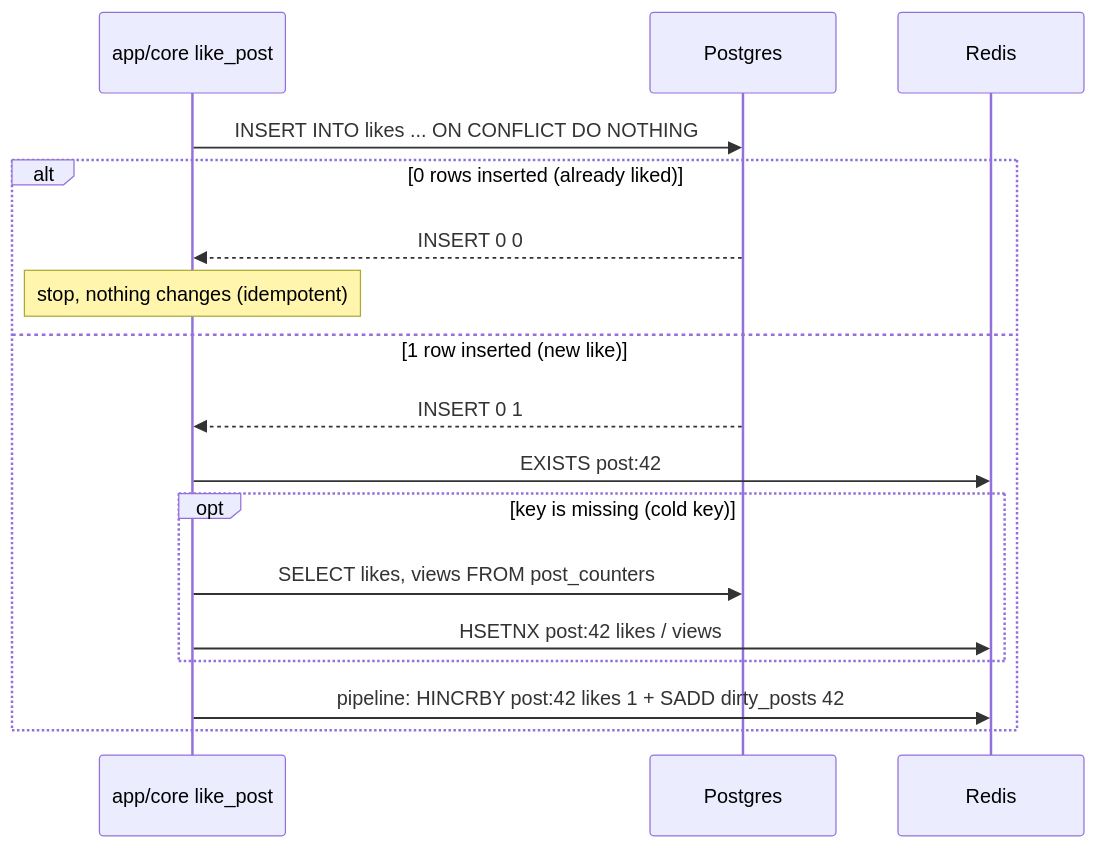
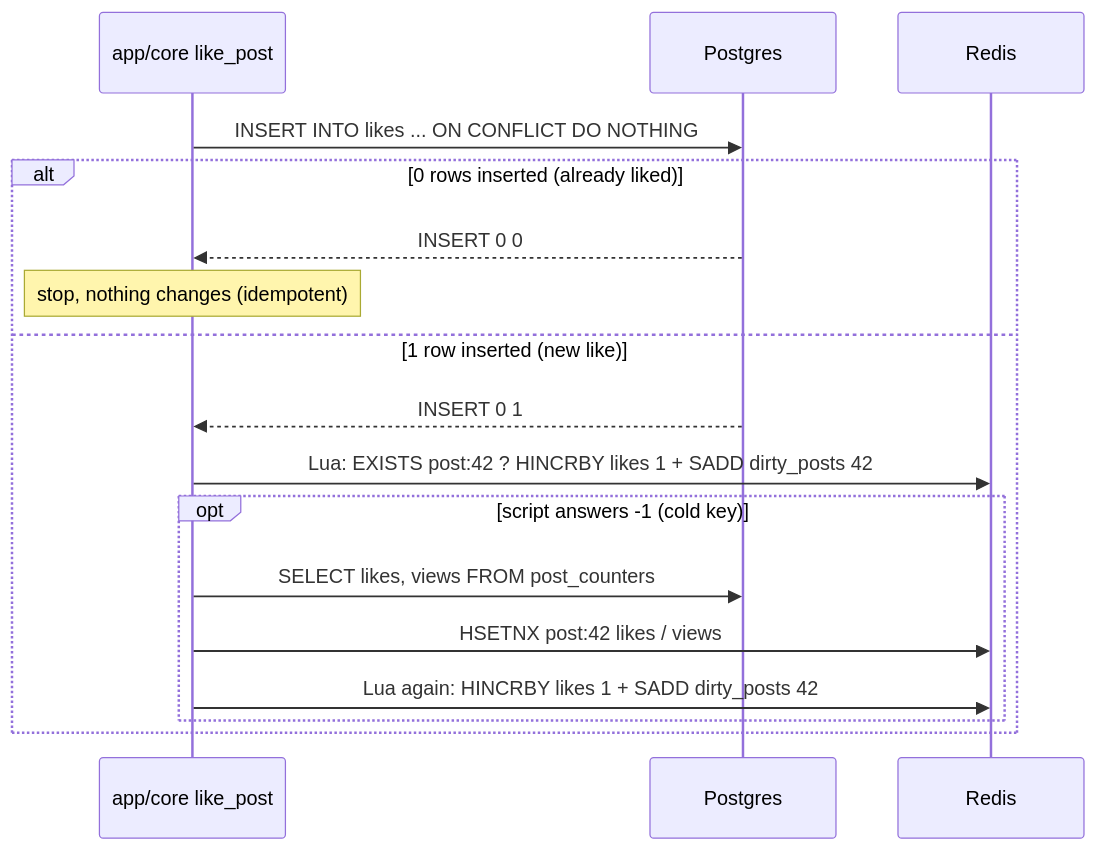
Before and after one commit to nursoulqxw/backend-highload-sis2: the fourth of 8 diagrams in README.md, drawn with Mermaid. The commit also changed other lines of this file and 83 other files, not shown here.

````diff
--- a/README.md
+++ b/README.md
@@ -270,19 +305,19 @@
 ```mermaid
 sequenceDiagram
     participant Core as app/core like_post
     participant PG as Postgres
     participant R as Redis
     Core->>PG: INSERT INTO likes ... ON CONFLICT DO NOTHING
     alt 0 rows inserted (already liked)
         PG-->>Core: INSERT 0 0
         Note over Core: stop, nothing changes (idempotent)
     else 1 row inserted (new like)
         PG-->>Core: INSERT 0 1
-        Core->>R: EXISTS post:42
-        opt key is missing (cold key)
+        Core->>R: Lua: EXISTS post:42 ? HINCRBY likes 1 + SADD dirty_posts 42
+        opt script answers -1 (cold key)
             Core->>PG: SELECT likes, views FROM post_counters
             Core->>R: HSETNX post:42 likes / views
+            Core->>R: Lua again: HINCRBY likes 1 + SADD dirty_posts 42
         end
-        Core->>R: pipeline: HINCRBY post:42 likes 1 + SADD dirty_posts 42
     end
 ```
````
